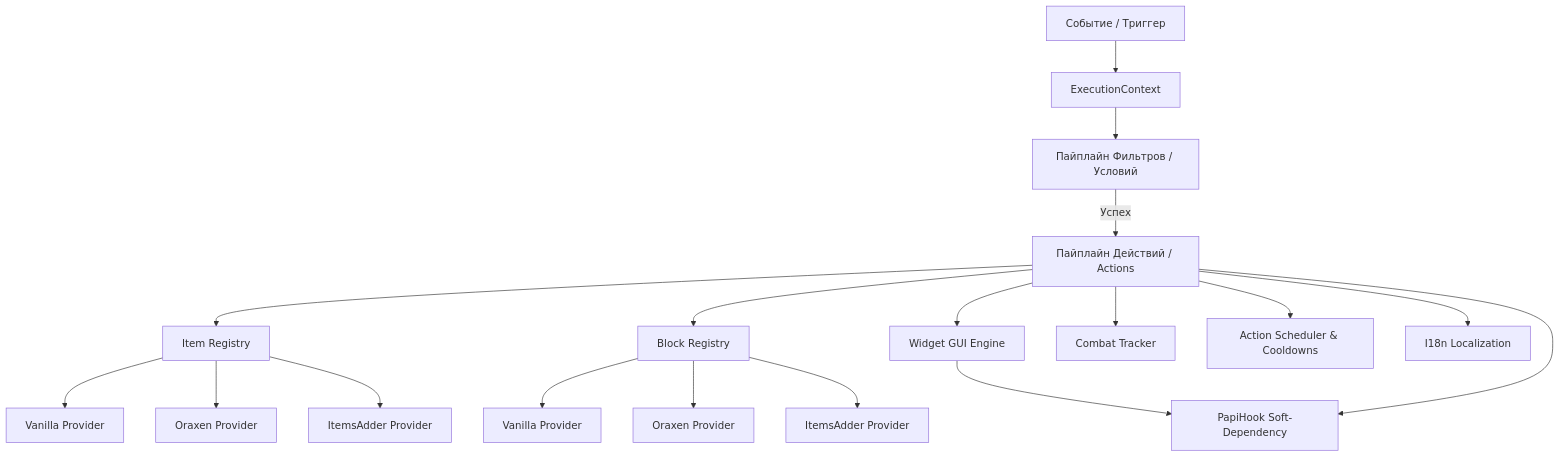
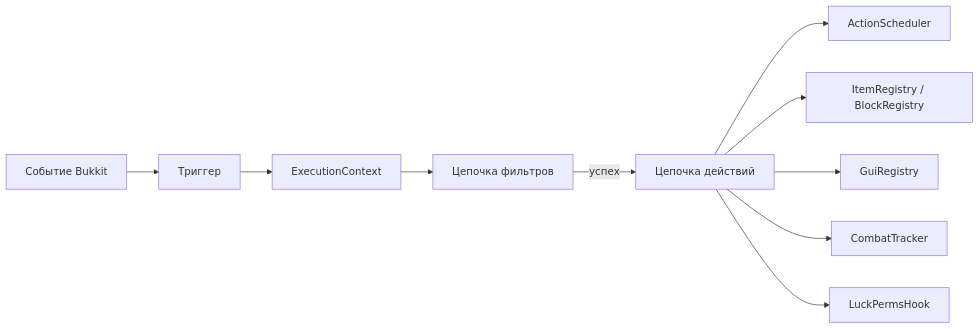
One commit to kostin-ak/ActionsAndTriggers changed the diagram in docs/ru/ARCHITECTURE.md. Above: the diagram before and after it, drawn with Mermaid. The commit also changed other lines of this file and 31 other files, not shown here.

````diff
--- a/docs/ru/ARCHITECTURE.md
+++ b/docs/ru/ARCHITECTURE.md
@@ -12,23 +23,12 @@
 ```mermaid
-graph TD
-    Trigger[Событие / Триггер] --> Context[ExecutionContext]
-    Context --> FilterPipeline[Пайплайн Фильтров / Условий]
-    FilterPipeline -->|Успех| ActionPipeline[Пайплайн Действий / Actions]
-    ActionPipeline --> ItemRegistry[Item Registry]
-    ActionPipeline --> BlockRegistry[Block Registry]
-    ActionPipeline --> GuiEngine[Widget GUI Engine]
-    ActionPipeline --> CombatTracker[Combat Tracker]
-    ActionPipeline --> Scheduler[Action Scheduler & Cooldowns]
-    
-    ItemRegistry --> VanillaItem[Vanilla Provider]
-    ItemRegistry --> OraxenItem[Oraxen Provider]
-    ItemRegistry --> IAItem[ItemsAdder Provider]
-    
-    BlockRegistry --> VanillaBlock[Vanilla Provider]
-    BlockRegistry --> OraxenBlock[Oraxen Provider]
-    BlockRegistry --> IABlock[ItemsAdder Provider]
-    
-    GuiEngine --> PapiHook[PapiHook Soft-Dependency]
-    ActionPipeline --> PapiHook
-    ActionPipeline --> I18n[I18n Localization]
+graph LR
+    Event[Событие Bukkit] --> Trigger[Триггер]
+    Trigger --> Context[ExecutionContext]
+    Context --> Filters[Цепочка фильтров]
+    Filters -->|успех| Actions[Цепочка действий]
+    Actions --> Scheduler[ActionScheduler]
+    Actions --> Items[ItemRegistry / BlockRegistry]
+    Actions --> Gui[GuiRegistry]
+    Actions --> Combat[CombatTracker]
+    Actions --> Perms[LuckPermsHook]
 ```
````
